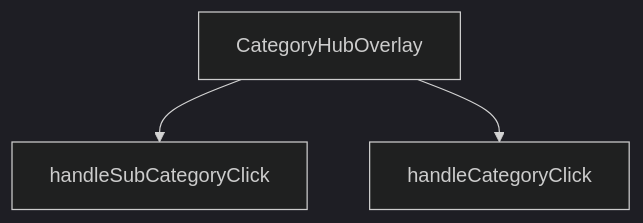
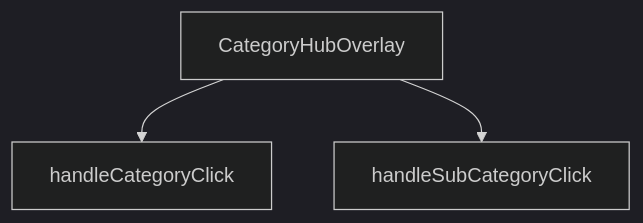
Before and after one commit to peckop/venthub-hvac-esite: the diagram in src/components/navigation/CategoryHubOverlay.md, drawn with Mermaid (dark theme). The commit also changed other lines of this file and 26 other files, not shown here.

````diff
--- a/src/components/navigation/CategoryHubOverlay.md
+++ b/src/components/navigation/CategoryHubOverlay.md
@@ -125,8 +182,8 @@
 ```mermaid
 graph TD
     CategoryHubOverlay_tsx__CategoryHubOverlay["CategoryHubOverlay"]
     CategoryHubOverlay_tsx__handleCategoryClick["handleCategoryClick"]
     CategoryHubOverlay_tsx__handleSubCategoryClick["handleSubCategoryClick"]
+    CategoryHubOverlay_tsx__CategoryHubOverlay --> CategoryHubOverlay_tsx__handleCategoryClick
     CategoryHubOverlay_tsx__CategoryHubOverlay --> CategoryHubOverlay_tsx__handleSubCategoryClick
-    CategoryHubOverlay_tsx__CategoryHubOverlay --> CategoryHubOverlay_tsx__handleCategoryClick
 ```
````
